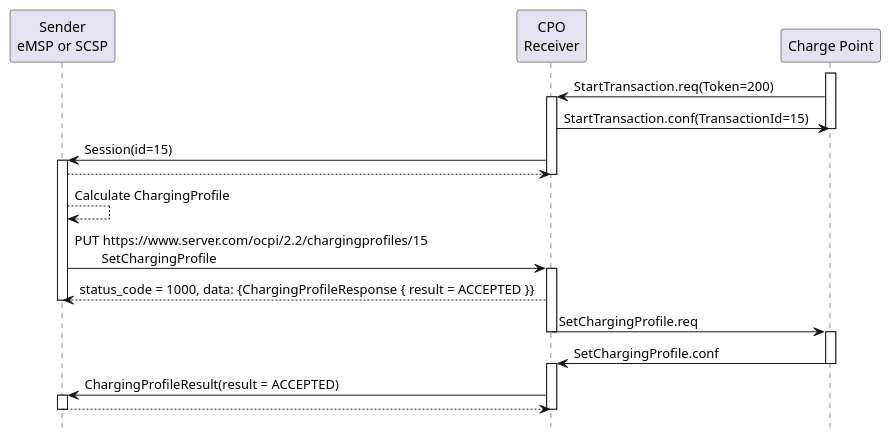
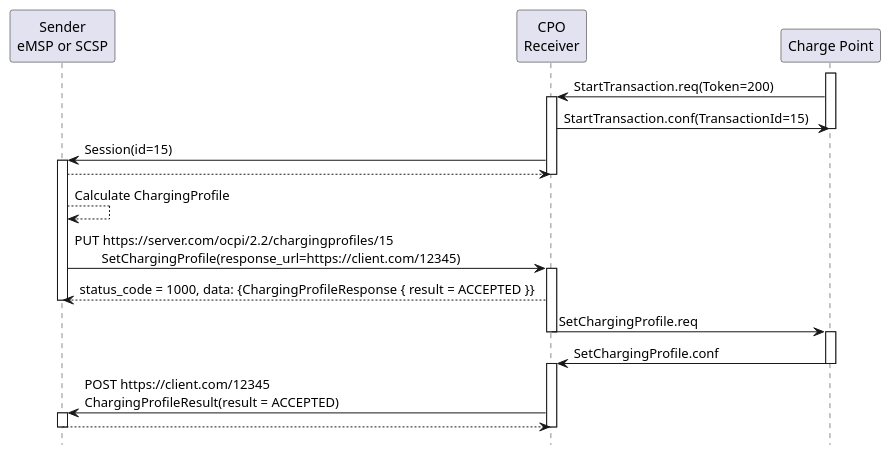
One commit to ocpi/ocpi changed the diagram in plantuml/sd_charging_profile_set.plantuml. Above: the diagram before and after it, drawn with PlantUML. The commit also changed 9 other files, not shown here.

Commit message:
Added Clear Charging Profile examples

```diff
--- a/plantuml/sd_charging_profile_set.plantuml
+++ b/plantuml/sd_charging_profile_set.plantuml
@@ -1,38 +1,38 @@
 @startuml
 hide footbox
 
 participant "Sender\neMSP or SCSP" as eMSP
 participant "CPO\nReceiver" as CPO
 participant "Charge Point" as CP
 
 
 activate CP
 CP   ->  CPO:  StartTransaction.req(Token=200)
 activate CPO
 CPO  ->  CP:   StartTransaction.conf(TransactionId=15)
 deactivate CP
 CPO  ->  eMSP: Session(id=15)
 activate eMSP
 eMSP --> CPO: 
 deactivate CPO
 
 
 eMSP --> eMSP: Calculate ChargingProfile
-eMSP ->  CPO:  PUT https://www.server.com/ocpi/2.2/chargingprofiles/15\n        SetChargingProfile
+eMSP ->  CPO:  PUT https:~//server.com/ocpi/2.2/chargingprofiles/15\n        SetChargingProfile(response_url=https:~//client.com/12345)
 activate CPO
 CPO  --> eMSP: status_code = 1000, data: {ChargingProfileResponse { result = ACCEPTED }}
 deactivate eMSP
 
 CPO  ->  CP:   SetChargingProfile.req
 deactivate CPO
 activate CP
 CP   ->  CPO:  SetChargingProfile.conf
 deactivate CP
 activate CPO
-CPO  ->  eMSP: ChargingProfileResult(result = ACCEPTED)
+CPO  ->  eMSP: POST https:~//client.com/12345\nChargingProfileResult(result = ACCEPTED)
 activate eMSP
 eMSP --> CPO:
 deactivate CPO
 deactivate eMSP
 
 @enduml
```
